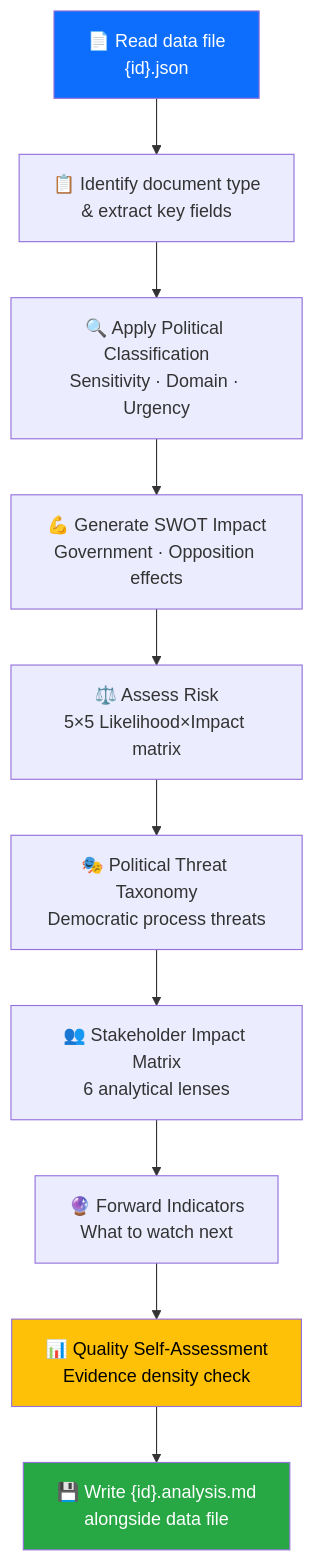
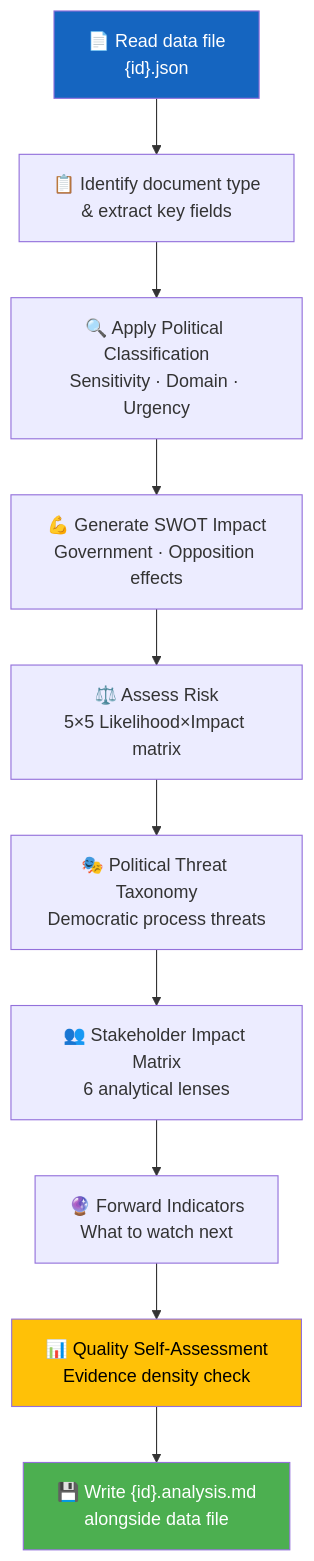
The second of 11 diagrams in analysis/methodologies/ai-driven-analysis-guide.md (Hack23/riksdagsmonitor), drawn with Mermaid before and after one commit. The commit also changed other lines of this file and 14 other files, not shown here.

First line of the commit message:
Align analysis/ mermaid diagrams with ISMS Style Guide palette and convert SWOT to quadrantChart

````diff
--- a/analysis/methodologies/ai-driven-analysis-guide.md
+++ b/analysis/methodologies/ai-driven-analysis-guide.md
@@ -367,16 +367,16 @@
 ```mermaid
 flowchart TD
     A["📄 Read data file<br/>{id}.json"] --> B["📋 Identify document type<br/>& extract key fields"]
     B --> C["🔍 Apply Political Classification<br/>Sensitivity · Domain · Urgency"]
     C --> D["💪 Generate SWOT Impact<br/>Government · Opposition effects"]
     D --> E["⚖️ Assess Risk<br/>5×5 Likelihood×Impact matrix"]
     E --> F["🎭 Political Threat Taxonomy<br/>Democratic process threats"]
     F --> G["👥 Stakeholder Impact Matrix<br/>6 analytical lenses"]
     G --> H["🔮 Forward Indicators<br/>What to watch next"]
     H --> I["📊 Quality Self-Assessment<br/>Evidence density check"]
     I --> J["💾 Write {id}.analysis.md<br/>alongside data file"]
     
-    style A fill:#0d6efd,color:#fff
-    style J fill:#28a745,color:#fff
-    style I fill:#ffc107,color:#000
+    style A fill:#1565C0,color:#FFFFFF
+    style J fill:#4CAF50,color:#FFFFFF
+    style I fill:#FFC107,color:#000000
 ```
````
